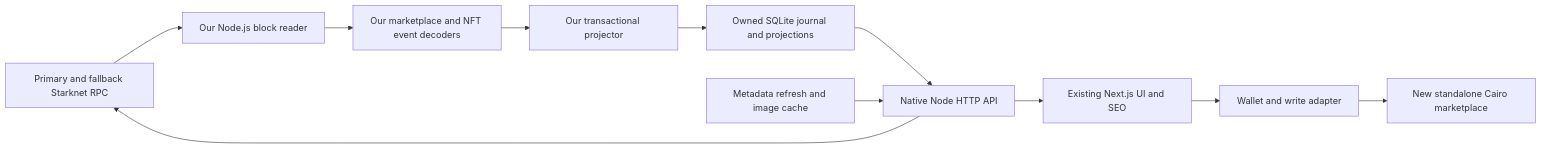
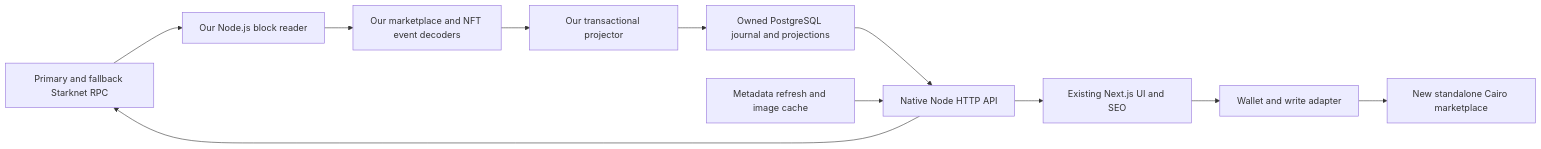
The diagram in docs/BACKEND-SCOPE.md (KrumpyLumpkins/marketplace), drawn with Mermaid before and after one commit. The commit also changed other lines of this file and 59 other files, not shown here.

First line of the commit message:
feat: migrate marketplace backend to PostgreSQL (#95)

````diff
--- a/docs/BACKEND-SCOPE.md
+++ b/docs/BACKEND-SCOPE.md
@@ -72,13 +72,13 @@
 ```mermaid
 flowchart LR
     RPC[Primary and fallback Starknet RPC] --> I[Our Node.js block reader]
     I --> D[Our marketplace and NFT event decoders]
     D --> P[Our transactional projector]
-    P --> S[Owned SQLite journal and projections]
+    P --> S[Owned PostgreSQL journal and projections]
     S --> API[Native Node HTTP API]
     M[Metadata refresh and image cache] --> API
     API --> UI[Existing Next.js UI and SEO]
     API --> RPC
     UI --> W[Wallet and write adapter]
     W --> C[New standalone Cairo marketplace]
 ```
````
